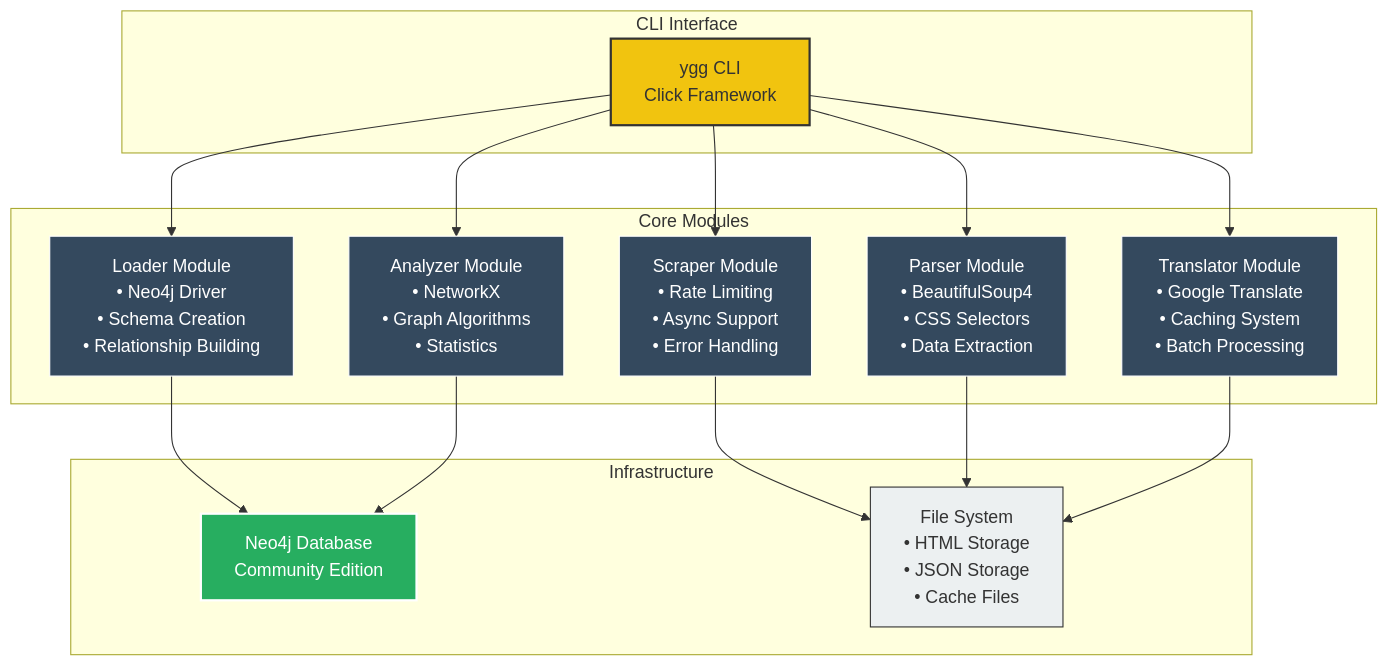
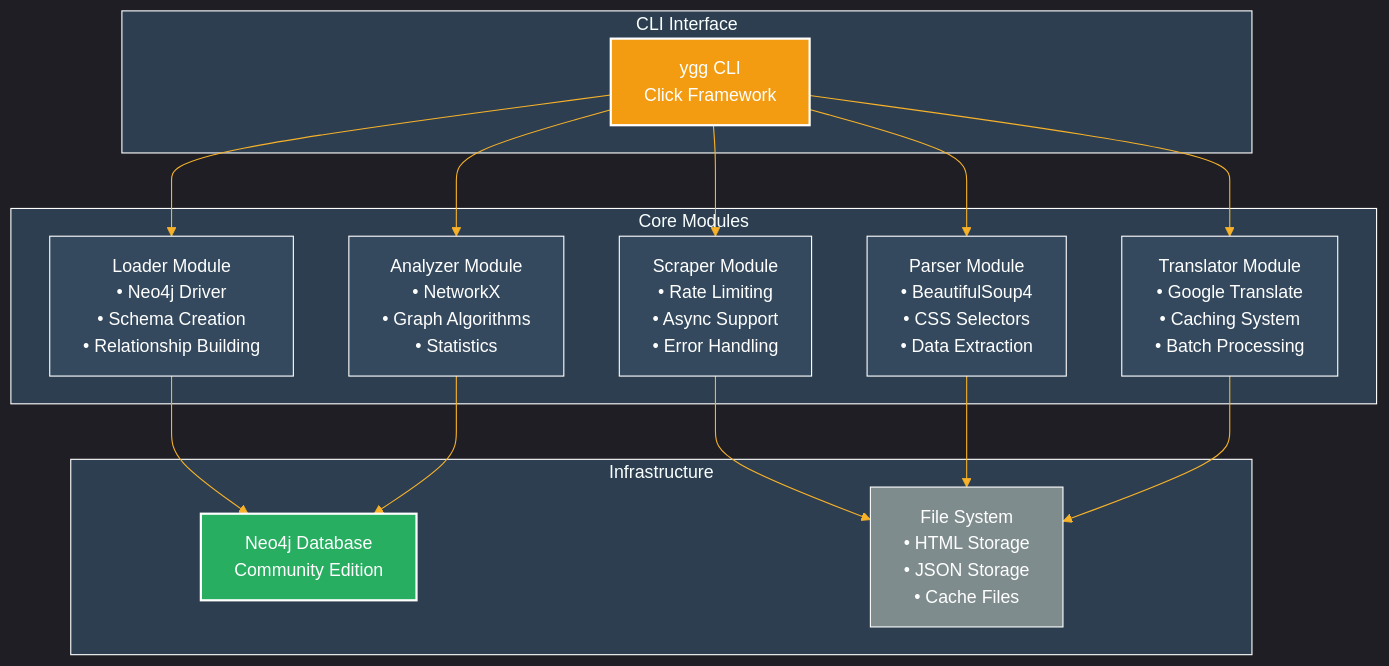
Before and after one commit to Ricoledan/digimon-knowledge-graph: the third of 5 diagrams in CLAUDE.md, drawn with Mermaid. The commit also changed other lines of this file, not shown here.

Commit message:
add diagrams

````diff
--- a/CLAUDE.md
+++ b/CLAUDE.md
@@ -195,40 +198,42 @@
 ```mermaid
+%%{init: {'theme':'dark', 'themeVariables': { 'primaryColor':'#1a1a1a', 'primaryTextColor':'#fff', 'primaryBorderColor':'#7C0000', 'lineColor':'#F8B229', 'secondaryColor':'#006100', 'tertiaryColor':'#2c3e50', 'background':'#1a1a1a', 'mainBkg':'#1a1a1a', 'secondBkg':'#2c3e50', 'tertiaryBkg':'#34495e', 'primaryBorderColor':'#fff', 'secondaryBorderColor':'#fff', 'tertiaryBorderColor':'#fff', 'clusterBkg':'#2c3e50', 'clusterBorder':'#fff', 'fontFamily':'monospace'}}}%%
 graph TB
-    subgraph "CLI Interface"
+    subgraph CI["CLI Interface"]
         CLI[ygg CLI<br/>Click Framework]
     end
     
-    subgraph "Core Modules"
+    subgraph CM["Core Modules"]
         SCR[Scraper Module<br/>• Rate Limiting<br/>• Async Support<br/>• Error Handling]
         PRS[Parser Module<br/>• BeautifulSoup4<br/>• CSS Selectors<br/>• Data Extraction]
         TRN[Translator Module<br/>• Google Translate<br/>• Caching System<br/>• Batch Processing]
         LDR[Loader Module<br/>• Neo4j Driver<br/>• Schema Creation<br/>• Relationship Building]
         ANL[Analyzer Module<br/>• NetworkX<br/>• Graph Algorithms<br/>• Statistics]
     end
     
-    subgraph "Infrastructure"
+    subgraph IN["Infrastructure"]
         NEO[Neo4j Database<br/>Community Edition]
         FS[File System<br/>• HTML Storage<br/>• JSON Storage<br/>• Cache Files]
     end
     
     CLI --> SCR
     CLI --> PRS
     CLI --> TRN
     CLI --> LDR
     CLI --> ANL
     
     SCR --> FS
     PRS --> FS
     TRN --> FS
     LDR --> NEO
     ANL --> NEO
     
-    style CLI fill:#f1c40f,stroke:#333,stroke-width:2px,color:#333
-    style NEO fill:#27ae60,stroke:#fff,stroke-width:2px,color:#fff
-    style SCR fill:#34495e,stroke:#fff,stroke-width:1px,color:#fff
-    style PRS fill:#34495e,stroke:#fff,stroke-width:1px,color:#fff
-    style TRN fill:#34495e,stroke:#fff,stroke-width:1px,color:#fff
-    style LDR fill:#34495e,stroke:#fff,stroke-width:1px,color:#fff
-    style ANL fill:#34495e,stroke:#fff,stroke-width:1px,color:#fff
-    style FS fill:#ecf0f1,stroke:#333,stroke-width:1px,color:#333
+    classDef cli fill:#f39c12,stroke:#fff,stroke-width:2px,color:#fff
+    classDef neo fill:#27ae60,stroke:#fff,stroke-width:2px,color:#fff
+    classDef module fill:#34495e,stroke:#fff,stroke-width:1px,color:#fff
+    classDef files fill:#7f8c8d,stroke:#fff,stroke-width:1px,color:#fff
+    
+    class CLI cli
+    class NEO neo
+    class SCR,PRS,TRN,LDR,ANL module
+    class FS files
 ```
````
